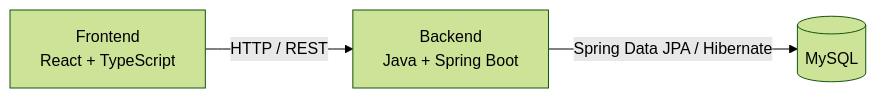
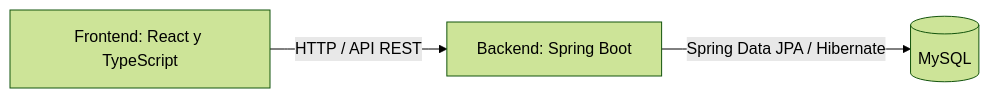
The diagram in docs/modulos.md (LuMendez7/TRABAJO-FINAL---GRUPO-205), drawn with Mermaid (forest theme) before and after one commit. The commit also changed other lines of this file and 5 other files, not shown here.

````diff
--- a/docs/modulos.md
+++ b/docs/modulos.md
@@ -11,5 +18,5 @@
 ```mermaid
 flowchart LR
-    A[Frontend<br>React + TypeScript] -->|HTTP / REST| B[Backend<br>Java + Spring Boot]
+    A[Frontend: React y TypeScript] -->|HTTP / API REST| B[Backend: Spring Boot]
     B -->|Spring Data JPA / Hibernate| C[(MySQL)]
 ```
````
